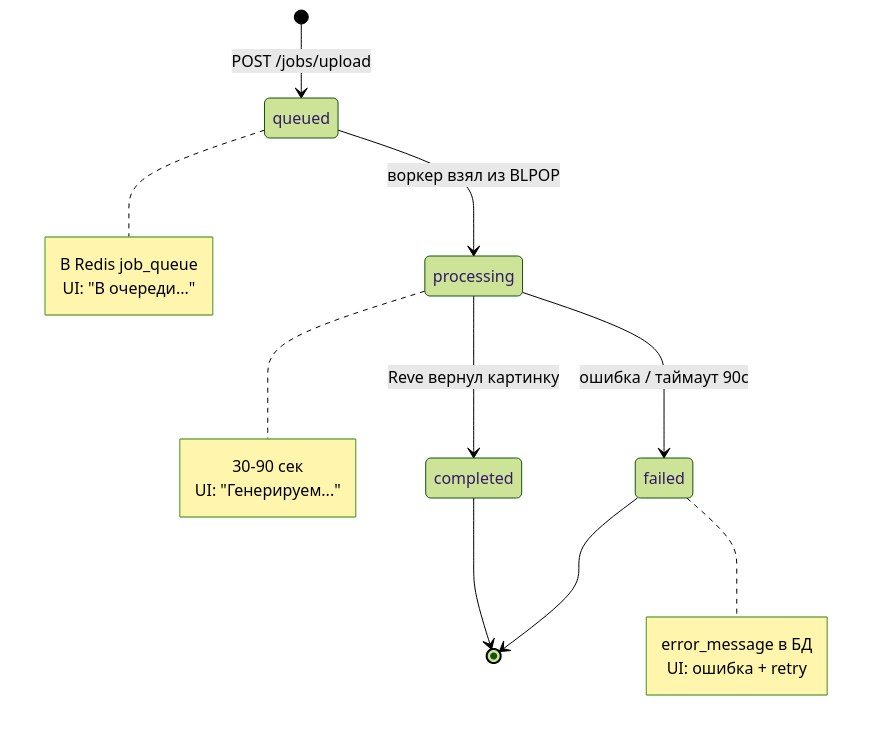
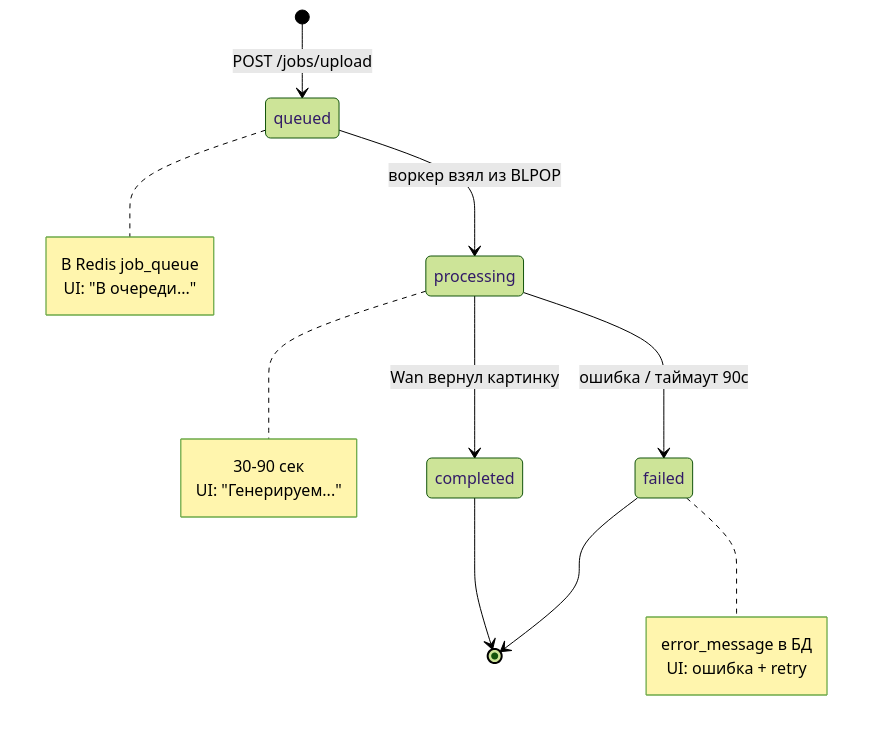
Before and after one commit to NickElixir/dream-wheels-ai: the seventh of 8 diagrams in docs/architecture.md, drawn with Mermaid (forest theme). The commit also changed other lines of this file and 28 other files, not shown here.

````diff
--- a/docs/architecture.md
+++ b/docs/architecture.md
@@ -274,24 +274,24 @@
 ```mermaid
 stateDiagram-v2
     [*] --> queued: POST /jobs/upload
     queued --> processing: воркер взял из BLPOP
-    processing --> completed: Reve вернул картинку
+    processing --> completed: Wan вернул картинку
     processing --> failed: ошибка / таймаут 90с
     completed --> [*]
     failed --> [*]
 
     note right of queued
         В Redis job_queue
         UI: "В очереди..."
     end note
 
     note right of processing
         30-90 сек
         UI: "Генерируем..."
     end note
 
     note right of failed
         error_message в БД
         UI: ошибка + retry
     end note
 ```
````
